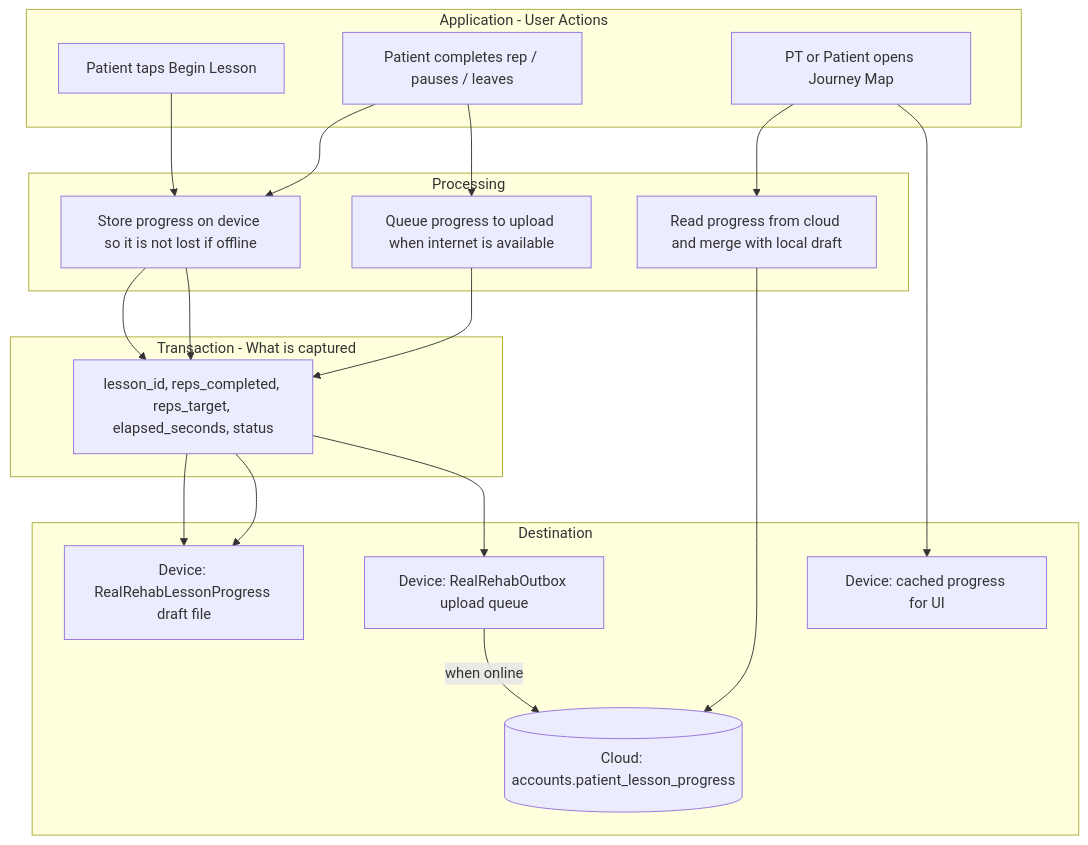
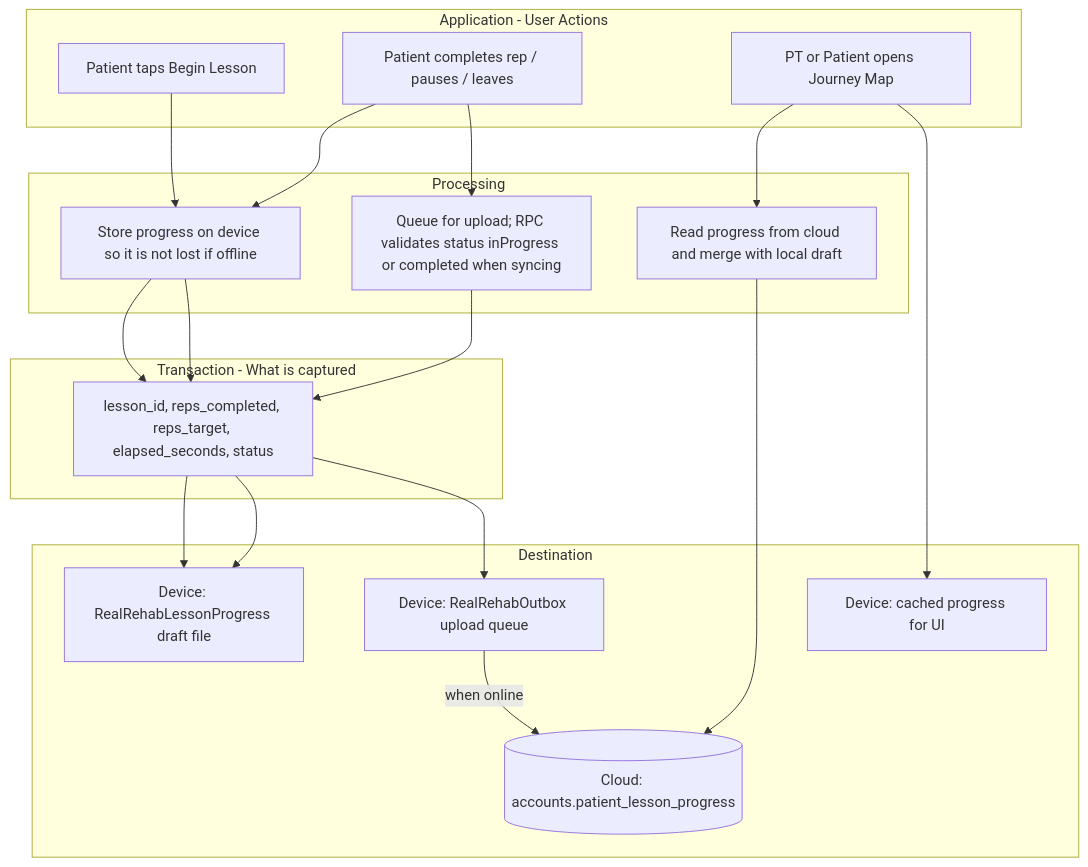
One commit to seanja5/realrehab-mvp changed the seventh of 8 diagrams in docs/DATA_FLOW.md. Above: the diagram before and after it, drawn with Mermaid. The commit also changed other lines of this file, not shown here.

Commit message:
Update DATA_FLOW diagrams: add processing details, Bucket D and E diagrams

````diff
--- a/docs/DATA_FLOW.md
+++ b/docs/DATA_FLOW.md
@@ -355,32 +413,32 @@
 ```mermaid
 flowchart TB
     subgraph appH [Application - User Actions]
         AH1[Patient taps Begin Lesson]
         AH2[Patient completes rep / pauses / leaves]
         AH3[PT or Patient opens Journey Map]
     end
 
     subgraph procH [Processing]
         PH1[Store progress on device so it is not lost if offline]
-        PH2[Queue progress to upload when internet is available]
+        PH2[Queue for upload; RPC validates status inProgress or completed when syncing]
         PH3[Read progress from cloud and merge with local draft]
     end
 
     subgraph txH [Transaction - What is captured]
         TH1[lesson_id, reps_completed, reps_target, elapsed_seconds, status]
     end
 
     subgraph destH [Destination]
         DH1[Device: RealRehabLessonProgress draft file]
         DH2[Device: RealRehabOutbox upload queue]
         DH3[(Cloud: accounts.patient_lesson_progress)]
         DH4[Device: cached progress for UI]
     end
 
     AH1 --> PH1 --> TH1 --> DH1
     AH2 --> PH1 --> TH1 --> DH1
     AH2 --> PH2 --> TH1 --> DH2
     DH2 -->|when online| DH3
     AH3 --> PH3 --> DH3
     AH3 --> DH4
 ```
````
